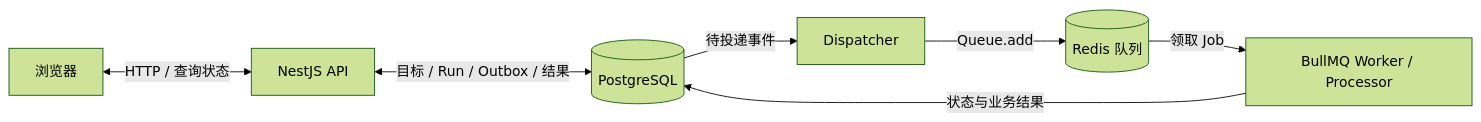
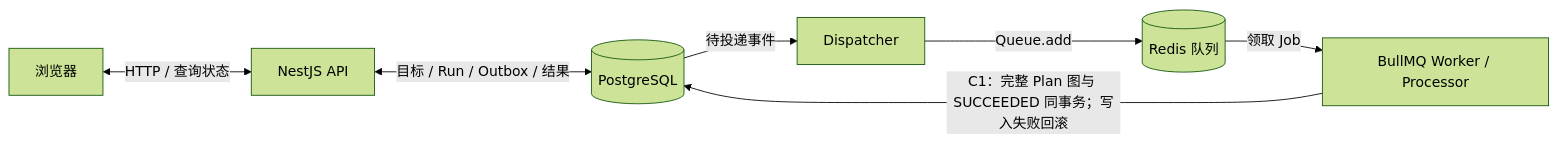
One commit to Gerden31145/KnowledgeOps-Agent changed the diagram in docs/KnowledgeOps-Agent-逐日开发计划.md. Above: the diagram before and after it, drawn with Mermaid (forest theme). The commit also changed other lines of this file and 3 other files, not shown here.

Commit message:
feat(worker): complete C1 atomic plan finalization

````diff
--- a/docs/KnowledgeOps-Agent-逐日开发计划.md
+++ b/docs/KnowledgeOps-Agent-逐日开发计划.md
@@ -131,9 +134,9 @@
 ```mermaid
 flowchart LR
     Web[浏览器] <-->|HTTP / 查询状态| API[NestJS API]
     API <-->|目标 / Run / Outbox / 结果| DB[(PostgreSQL)]
     DB -->|待投递事件| Dispatcher[Dispatcher]
     Dispatcher -->|Queue.add| Redis[(Redis 队列)]
     Redis -->|领取 Job| Worker[BullMQ Worker / Processor]
-    Worker -->|状态与业务结果| DB
+    Worker -->|C1：完整 Plan 图与 SUCCEEDED 同事务；写入失败回滚| DB
 ```
````
